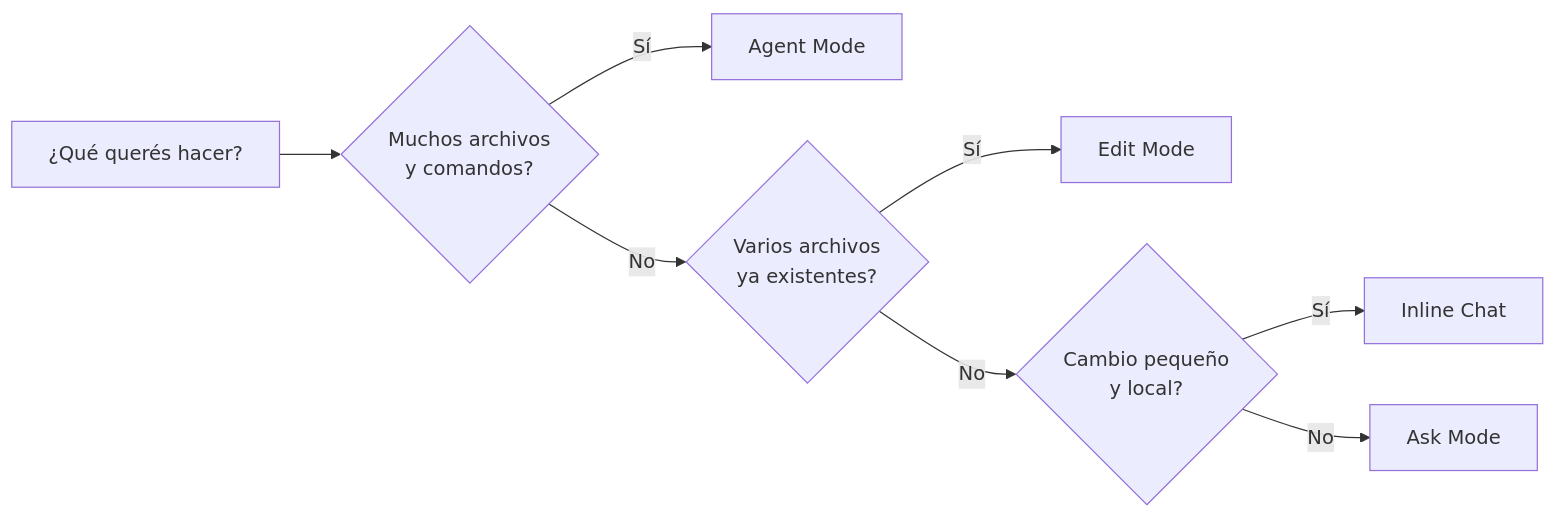
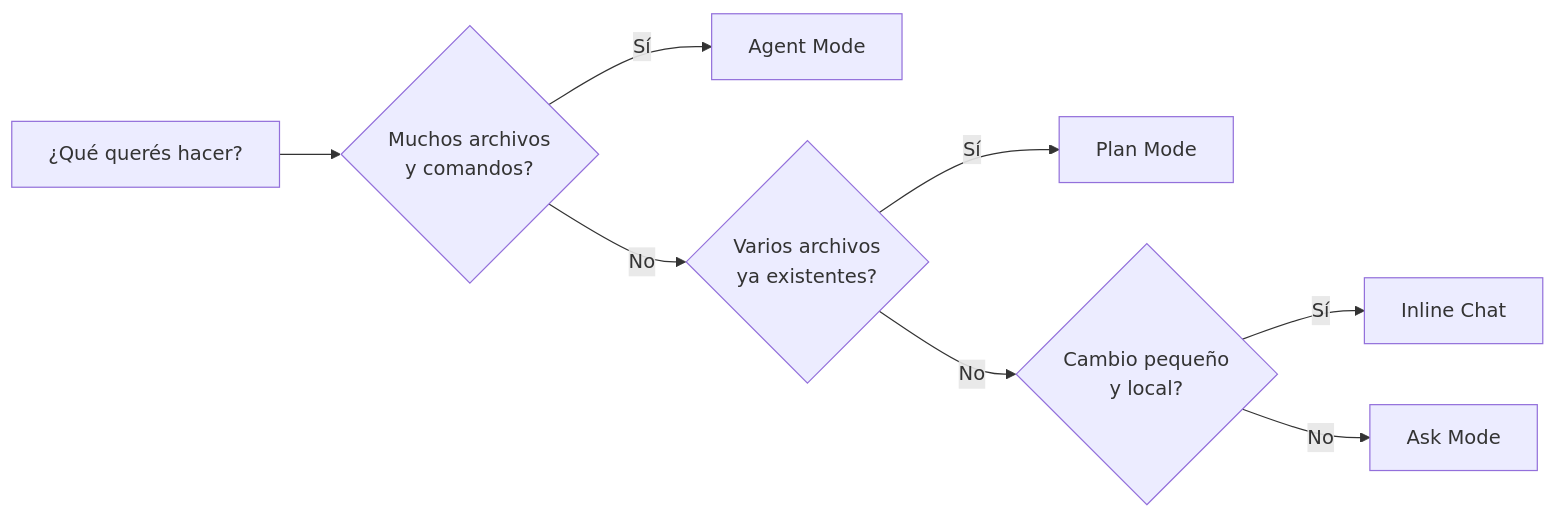
Before and after one commit to CleveritDemo/copilot-nestjs: the first of 2 diagrams in README.md, drawn with Mermaid. The commit also changed other lines of this file, not shown here.

````diff
--- a/README.md
+++ b/README.md
@@ -383,10 +379,10 @@
 ```mermaid
 flowchart LR
     A[¿Qué querés hacer?] --> B{Muchos archivos<br/>y comandos?}
     B -- Sí --> C[Agent Mode]
     B -- No --> D{Varios archivos<br/>ya existentes?}
-    D -- Sí --> E[Edit Mode]
+    D -- Sí --> E[Plan Mode]
     D -- No --> F{Cambio pequeño<br/>y local?}
     F -- Sí --> G[Inline Chat]
     F -- No --> H[Ask Mode]
 ```
````
